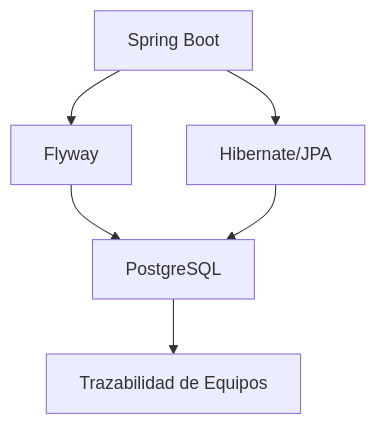
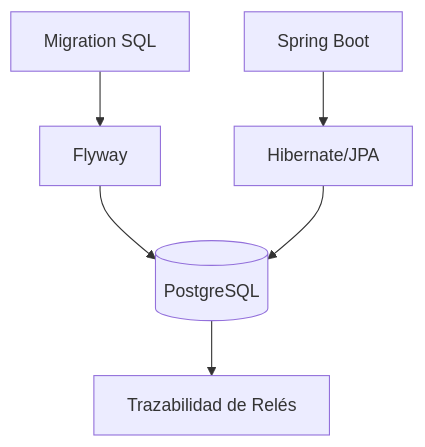
The second of 4 diagrams in README.md (Nahuellunacab/protecciones-trazabilidad), drawn with Mermaid before and after one commit. The commit also changed other lines of this file and 6 other files, not shown here.

````diff
--- a/README.md
+++ b/README.md
@@ -77,11 +67,11 @@
 ```mermaid
 flowchart TD
 
-    A[Spring Boot] --> B[Flyway]
-    B --> C[PostgreSQL]
+    A[Migration SQL] --> B[Flyway]
+    B --> C[(PostgreSQL)]
 
-    A --> D[Hibernate/JPA]
-    D --> C
+    D[Spring Boot] --> E[Hibernate/JPA]
+    E --> C
 
-    C --> E[Trazabilidad de Equipos]
+    C --> F[Trazabilidad de Relés]
 ```
````
